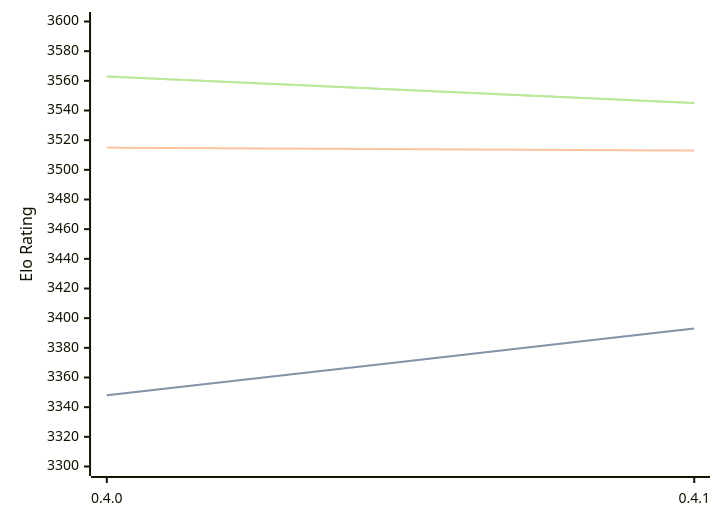
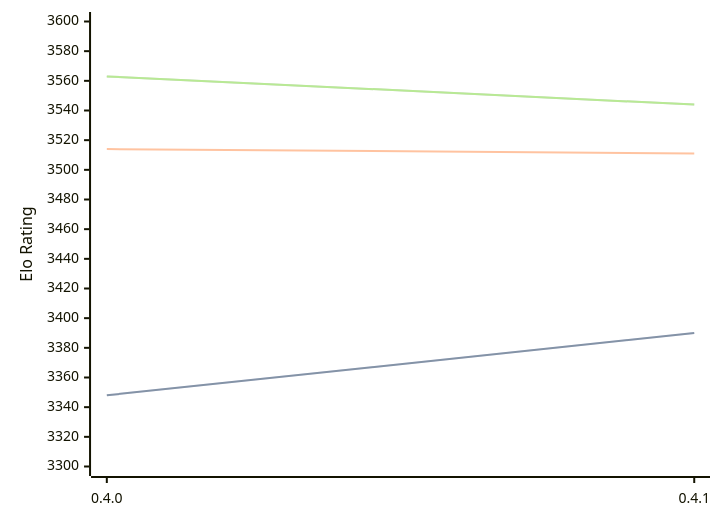
Before and after one commit to computer-chess-index/cci: the diagram in engines/Cinder.md, drawn with Mermaid. The commit also changed other lines of this file, not shown here.

Commit message:
Update CCI Ratings (ELO VLTC) - 2026-04-21

````diff
--- a/engines/Cinder.md
+++ b/engines/Cinder.md
@@ -40,11 +40,11 @@
 ```mermaid
 %%{init: {"theme":"base","themeVariables":{"seriesColors:['#a3a3a3','#222221','#faa371']}}}%%
 xychart-beta
   x-axis ["0.4.0", "0.4.1"]
   y-axis "Elo Rating" 3300 --> 3600
-  line "STC (8.0+0.08s)" [3348, 3393]
-  line "STC (8.0+0.08s)" [3348, 3393]
-  line "LTC (60.0+0.60s)" [3515, 3513]
-  line "VLTC (2m24s+1.12s)" [3563, 3545]
-  line "VLTC (2m24s+1.12s)" [3563, 3545]
+  line "STC (8.0+0.08s)" [3348, 3390]
+  line "STC (8.0+0.08s)" [3348, 3390]
+  line "LTC (60.0+0.60s)" [3514, 3511]
+  line "VLTC (2m24s+1.12s)" [3563, 3544]
+  line "VLTC (2m24s+1.12s)" [3563, 3544]
 ```
````
